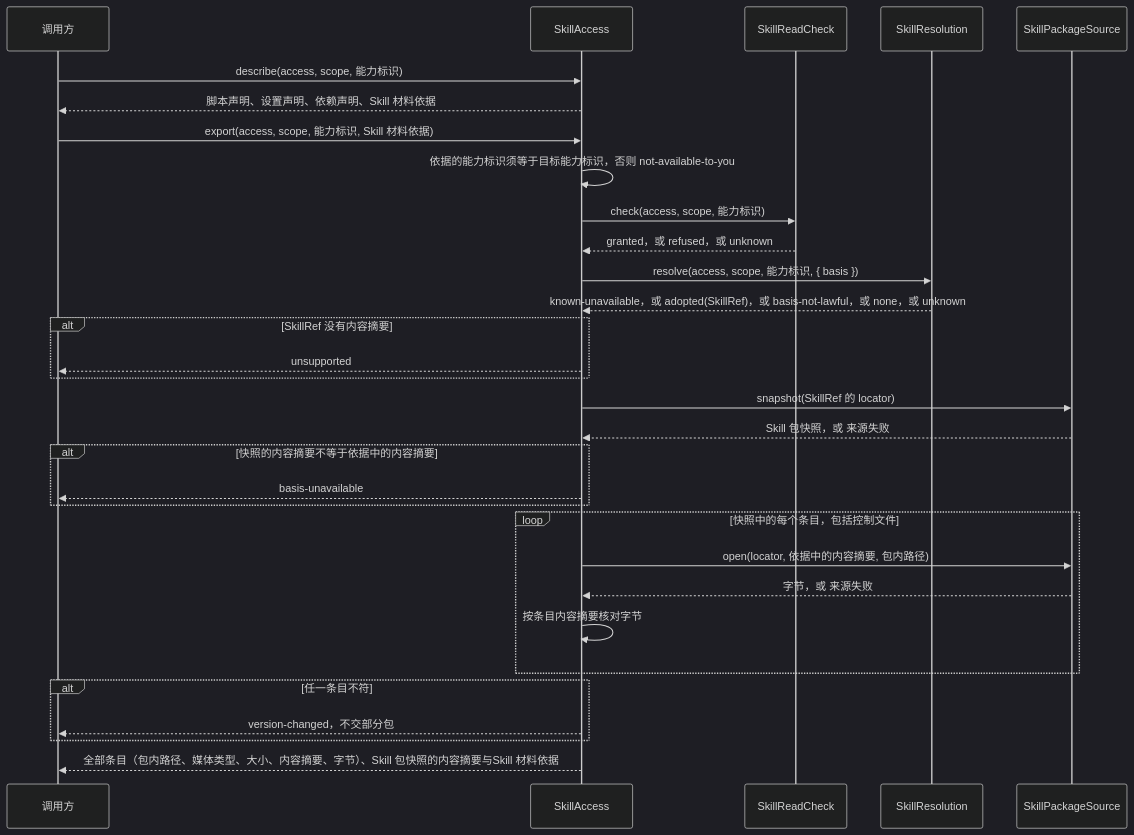
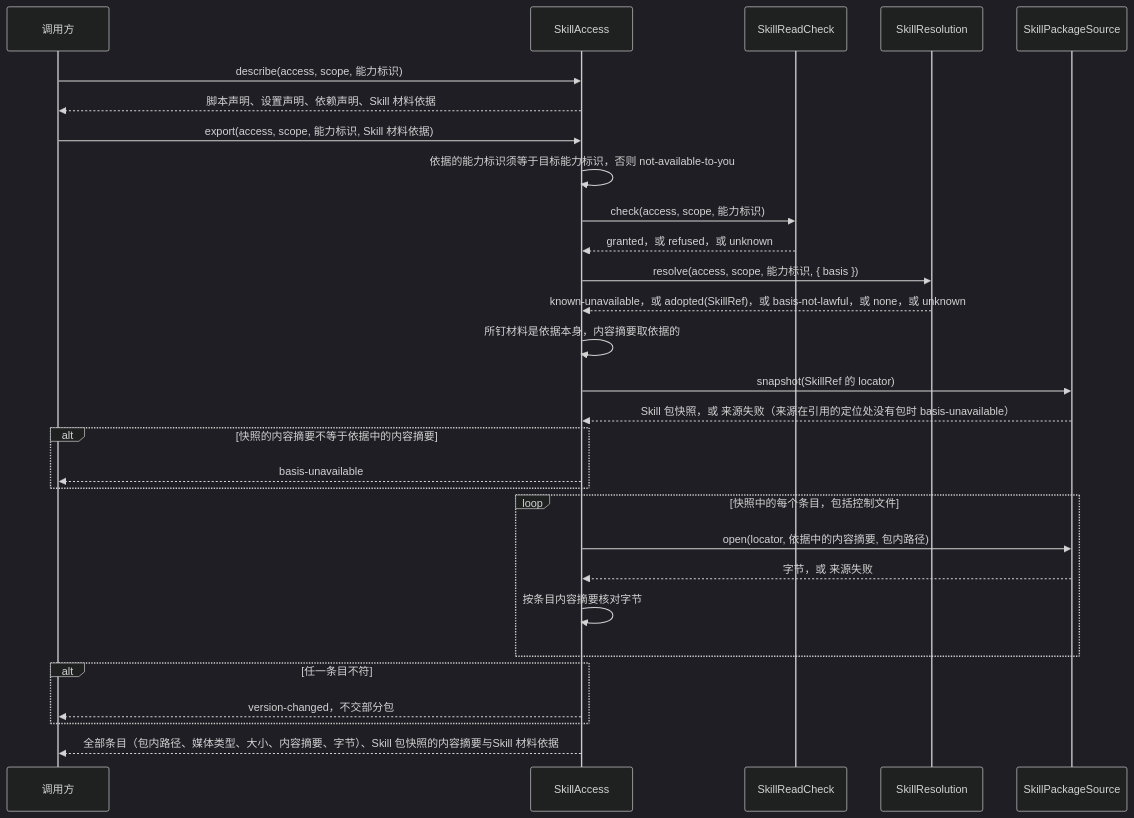
One commit to nemori-ai/omne-harness-lite changed the fourth of 4 diagrams in packages/skills/docs/key-flows.md. Above: the diagram before and after it, drawn with Mermaid (dark theme). The commit also changed other lines of this file and 4 other files, not shown here.

````diff
--- a/packages/skills/docs/key-flows.md
+++ b/packages/skills/docs/key-flows.md
@@ -167,33 +172,31 @@
 ```mermaid
 sequenceDiagram
   participant C as 调用方
   participant A as SkillAccess
   participant E as SkillReadCheck
   participant V as SkillResolution
   participant S as SkillPackageSource
   C->>A: describe(access, scope, 能力标识)
   A-->>C: 脚本声明、设置声明、依赖声明、Skill 材料依据
   C->>A: export(access, scope, 能力标识, Skill 材料依据)
   A->>A: 依据的能力标识须等于目标能力标识，否则 not-available-to-you
   A->>E: check(access, scope, 能力标识)
   E-->>A: granted，或 refused，或 unknown
   A->>V: resolve(access, scope, 能力标识, { basis })
   V-->>A: known-unavailable，或 adopted(SkillRef)，或 basis-not-lawful，或 none，或 unknown
-  alt SkillRef 没有内容摘要
-    A-->>C: unsupported
-  end
+  A->>A: 所钉材料是依据本身，内容摘要取依据的
   A->>S: snapshot(SkillRef 的 locator)
-  S-->>A: Skill 包快照，或 来源失败
+  S-->>A: Skill 包快照，或 来源失败（来源在引用的定位处没有包时 basis-unavailable）
   alt 快照的内容摘要不等于依据中的内容摘要
     A-->>C: basis-unavailable
   end
   loop 快照中的每个条目，包括控制文件
     A->>S: open(locator, 依据中的内容摘要, 包内路径)
     S-->>A: 字节，或 来源失败
     A->>A: 按条目内容摘要核对字节
   end
   alt 任一条目不符
     A-->>C: version-changed，不交部分包
   end
   A-->>C: 全部条目（包内路径、媒体类型、大小、内容摘要、字节）、Skill 包快照的内容摘要与Skill 材料依据
 ```
````
